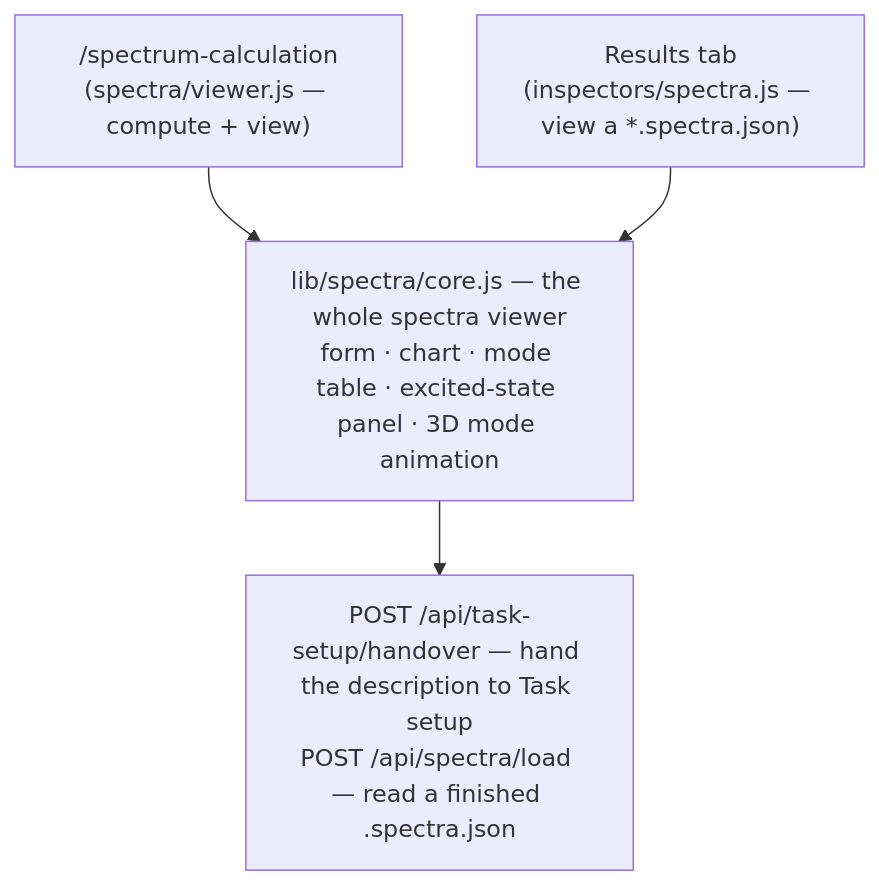
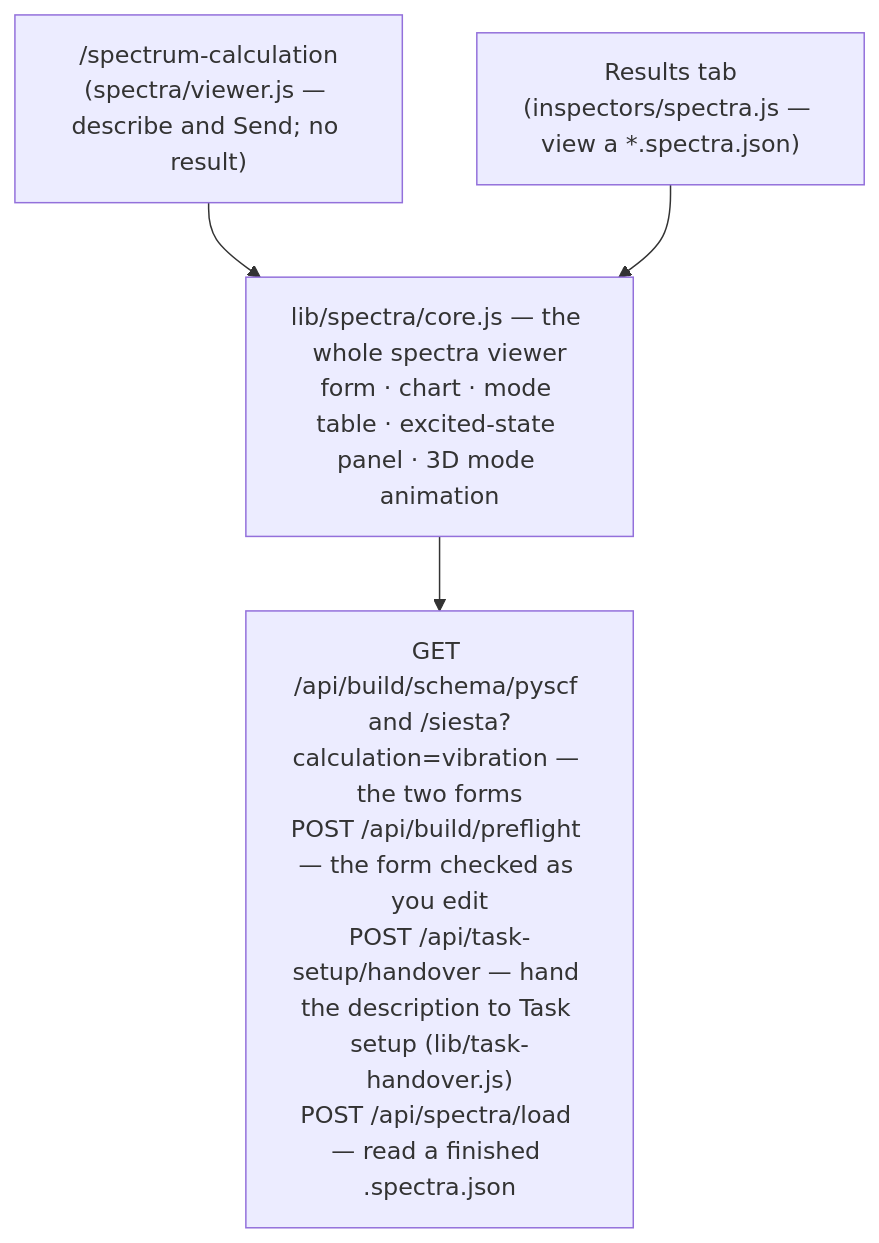
Before and after one commit to Qing-LAB/molbuilder: the diagram in docs/web/spectra.md, drawn with Mermaid. The commit also changed other lines of this file and 54 other files, not shown here.

````diff
--- a/docs/web/spectra.md
+++ b/docs/web/spectra.md
@@ -55,7 +55,7 @@
 ```mermaid
 flowchart TD
   ENG["lib/spectra/core.js — the whole spectra viewer<br/>form · chart · mode table · excited-state panel · 3D mode animation"]
-  TAB["/spectrum-calculation<br/>(spectra/viewer.js — compute + view)"] --> ENG
+  TAB["/spectrum-calculation<br/>(spectra/viewer.js — describe and Send; no result)"] --> ENG
   RES["Results tab<br/>(inspectors/spectra.js — view a *.spectra.json)"] --> ENG
-  ENG --> API["POST /api/task-setup/handover — hand the description to Task setup<br/>POST /api/spectra/load — read a finished .spectra.json"]
+  ENG --> API["GET /api/build/schema/pyscf and /siesta?calculation=vibration — the two forms<br/>POST /api/build/preflight — the form checked as you edit<br/>POST /api/task-setup/handover — hand the description to Task setup (lib/task-handover.js)<br/>POST /api/spectra/load — read a finished .spectra.json"]
 ```
````
